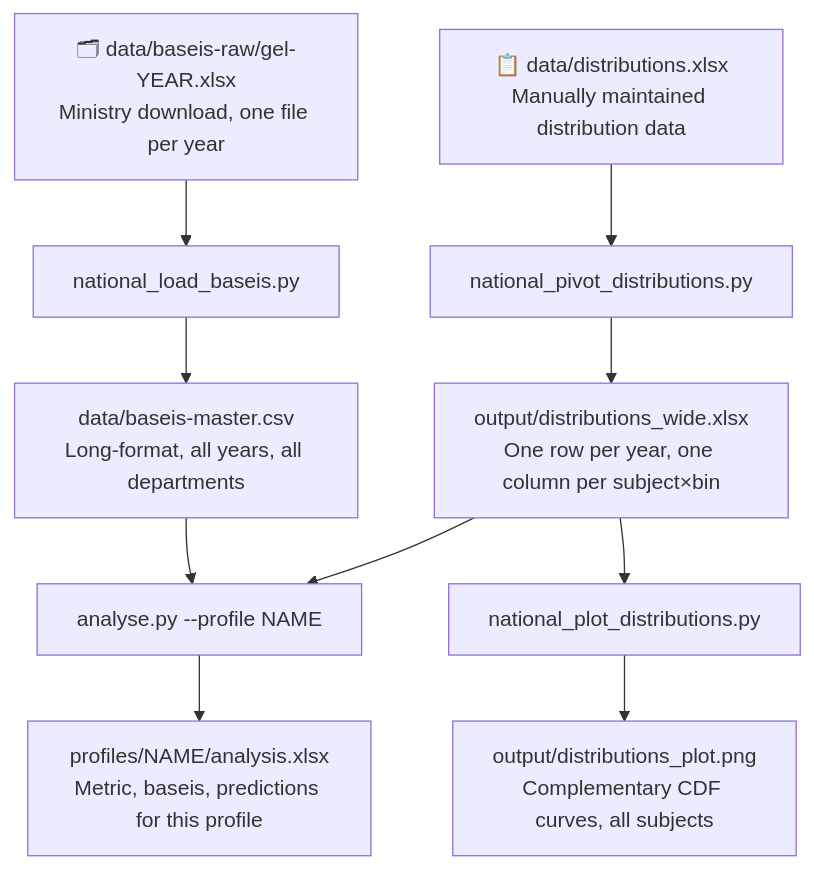
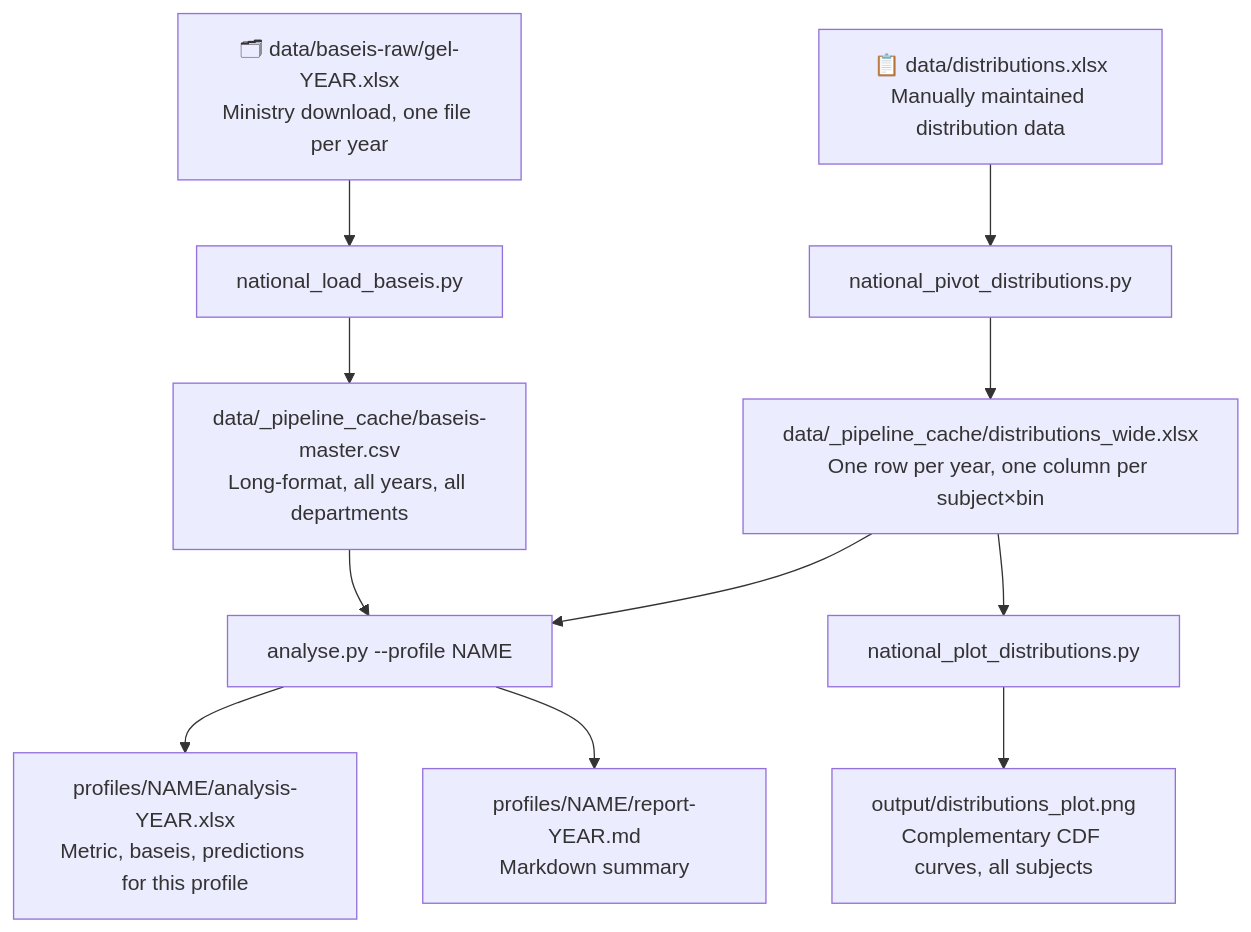
One commit to npapnet/dear_niece changed the diagram in docs/source/pipeline.md. Above: the diagram before and after it, drawn with Mermaid. The commit also changed other lines of this file and 3 other files, not shown here.

Commit message:
chore: Updated docs and architecture to reflect recent changes.

````diff
--- a/docs/source/pipeline.md
+++ b/docs/source/pipeline.md
@@ -9,18 +9,19 @@
 ```{mermaid}
 flowchart TD
     A["🗂 data/baseis-raw/gel-YEAR.xlsx\nMinistry download, one file per year"]
     C["📋 data/distributions.xlsx\nManually maintained distribution data"]
 
     A --> B["national_load_baseis.py"]
     C --> D["national_pivot_distributions.py"]
 
-    B --> E["data/baseis-master.csv\nLong-format, all years, all departments"]
-    D --> F["output/distributions_wide.xlsx\nOne row per year, one column per subject×bin"]
+    B --> E["data/_pipeline_cache/baseis-master.csv\nLong-format, all years, all departments"]
+    D --> F["data/_pipeline_cache/distributions_wide.xlsx\nOne row per year, one column per subject×bin"]
 
     E --> G["analyse.py --profile NAME"]
     F --> G
     F --> H["national_plot_distributions.py"]
 
-    G --> I["profiles/NAME/analysis.xlsx\nMetric, baseis, predictions for this profile"]
+    G --> I["profiles/NAME/analysis-YEAR.xlsx\nMetric, baseis, predictions for this profile"]
+    G --> R["profiles/NAME/report-YEAR.md\nMarkdown summary"]
     H --> J["output/distributions_plot.png\nComplementary CDF curves, all subjects"]
 ```
````
